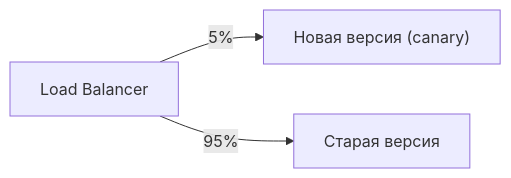
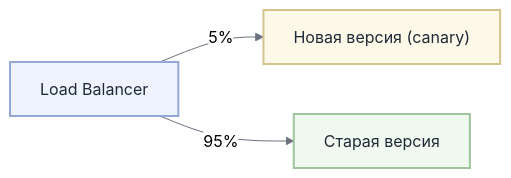
The fifth of 7 diagrams in docs/interview/cicd.md (MishaSytch/middle_java_back), drawn with Mermaid before and after one commit. The commit also changed other lines of this file and 15 other files, not shown here.

````diff
--- a/docs/interview/cicd.md
+++ b/docs/interview/cicd.md
@@ -660,8 +702,15 @@
 ```mermaid
+%%{init: { 'theme': 'neutral', 'themeVariables': { 'primaryColor': '#ffffff', 'primaryTextColor': '#1f2937', 'lineColor': '#6b7280', 'primaryBorderColor': '#d1d5db', 'secondaryColor': '#f3f4f6', 'tertiaryColor': '#e5e7eb' } } }%%
 flowchart LR
     LB[Load Balancer]
     V1[Старая версия]
     V2["Новая версия (canary)"]
     LB -->|"5%"| V2
     LB -->|"95%"| V1
+    classDef n0 fill:#eef4ff,stroke:#93a8d4,stroke-width:2px,color:#1f2937
+    classDef n1 fill:#f0f9ef,stroke:#9dc49a,stroke-width:2px,color:#1f2937
+    classDef n2 fill:#fdf9e8,stroke:#d4c38a,stroke-width:2px,color:#1f2937
+    class LB n0
+    class V1 n1
+    class V2 n2
 ```
````
